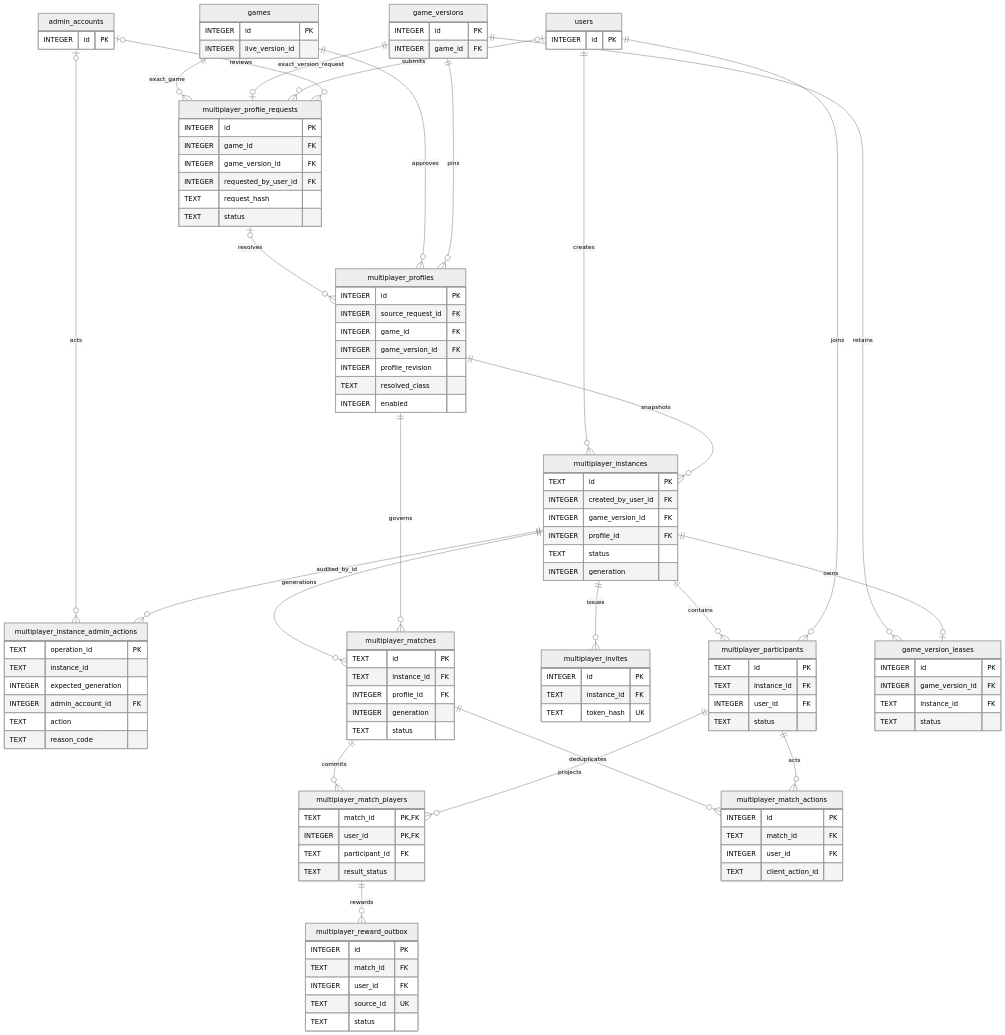
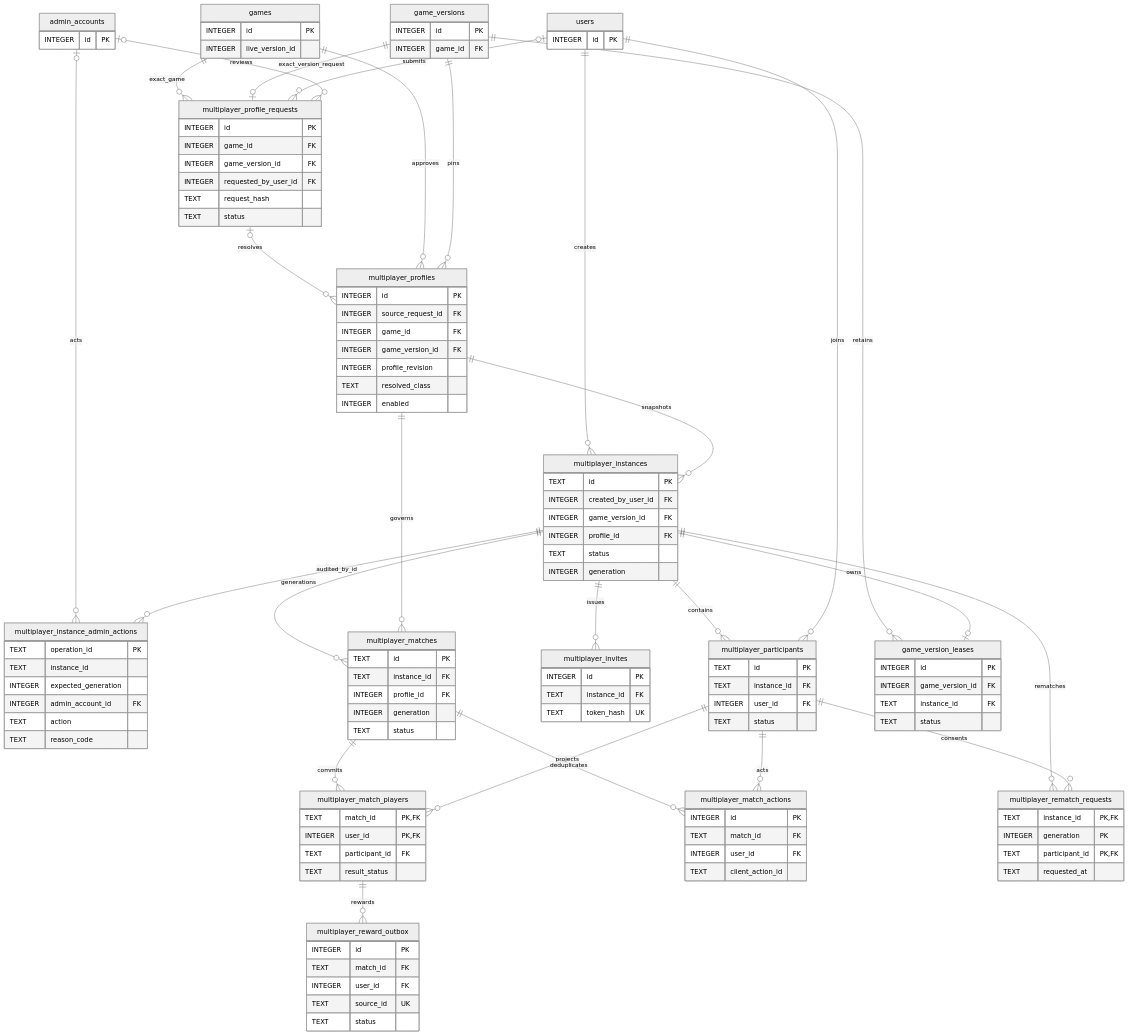
The third of 7 diagrams in docs/ERD.md (TaeyanG4/project-owogg), drawn with Mermaid (neutral theme) before and after one commit. The commit also changed other lines of this file and 31 other files, not shown here.

Commit message:
fix: refine multiplayer omok rooms and rematches

```diff
--- a/docs/ERD.md
+++ b/docs/ERD.md
@@ -323,6 +323,12 @@
     INTEGER user_id FK
     TEXT client_action_id
   }
+  multiplayer_rematch_requests {
+    TEXT instance_id PK, FK
+    INTEGER generation PK
+    TEXT participant_id PK, FK
+    TEXT requested_at
+  }
   multiplayer_reward_outbox {
     INTEGER id PK
     TEXT match_id FK
@@ -355,6 +361,8 @@
   multiplayer_participants ||--o{ multiplayer_match_players : projects
   multiplayer_matches ||--o{ multiplayer_match_actions : deduplicates
   multiplayer_participants ||--o{ multiplayer_match_actions : acts
+  multiplayer_instances ||--o{ multiplayer_rematch_requests : rematches
+  multiplayer_participants ||--o{ multiplayer_rematch_requests : consents
   multiplayer_match_players ||--o{ multiplayer_reward_outbox : rewards
   game_versions ||--o{ game_version_leases : retains
   multiplayer_instances ||--o| game_version_leases : owns
```
